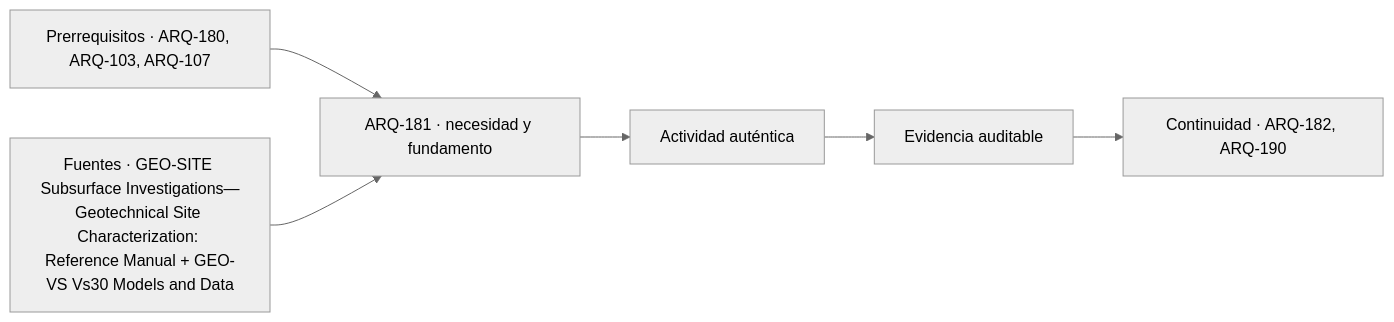
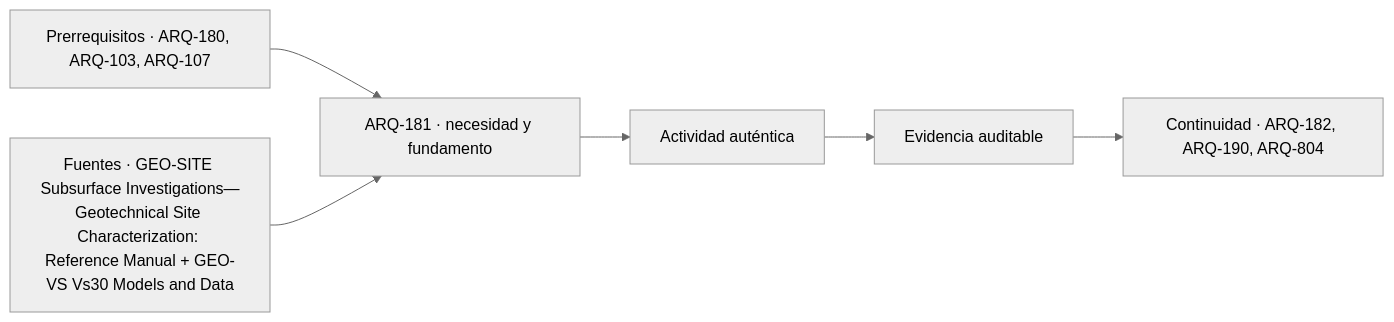
Before and after one commit to vladimiracunadev-create/architecture-built-environment-learning-program: the diagram in classes/parte-19/ARQ-181.md, drawn with Mermaid (neutral theme). The commit also changed other lines of this file and 234 other files, not shown here.

````diff
--- a/classes/parte-19/ARQ-181.md
+++ b/classes/parte-19/ARQ-181.md
@@ -142,8 +142,8 @@
 ```mermaid
 flowchart LR
     A["Prerrequisitos · ARQ-180, ARQ-103, ARQ-107"] --> B["ARQ-181 · necesidad y fundamento"]
     S["Fuentes · GEO-SITE Subsurface Investigations—Geotechnical Site Characterization: Reference Manual + GEO-VS Vs30 Models and Data"] --> B
     B --> C["Actividad auténtica"]
     C --> D["Evidencia auditable"]
-    D --> E["Continuidad · ARQ-182, ARQ-190"]
+    D --> E["Continuidad · ARQ-182, ARQ-190, ARQ-804"]
 ```
````
